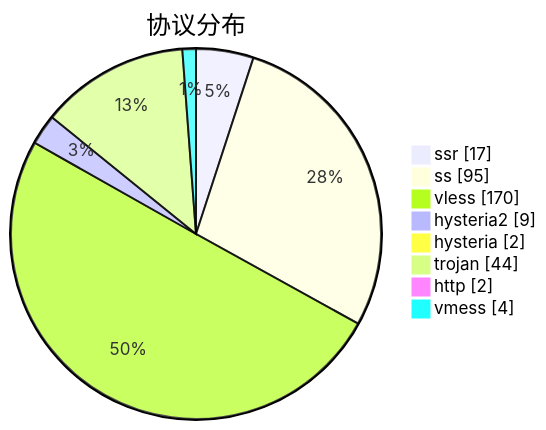
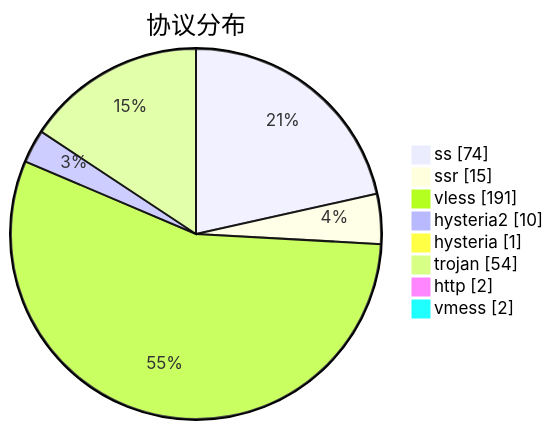
One commit to sinspired/airport changed the third of 3 diagrams in subs/statistics/tested_within.md. Above: the diagram before and after it, drawn with Mermaid. The commit also changed other lines of this file and 2 other files, not shown here.

````diff
--- a/subs/statistics/tested_within.md
+++ b/subs/statistics/tested_within.md
@@ -63,12 +58,12 @@
 ```mermaid
 pie showData
 title 协议分布
-"ssr" : 17
-"ss" : 95
-"vless" : 170
-"hysteria2" : 9
-"hysteria" : 2
-"trojan" : 44
+"ss" : 74
+"ssr" : 15
+"vless" : 191
+"hysteria2" : 10
+"hysteria" : 1
+"trojan" : 54
 "http" : 2
-"vmess" : 4
+"vmess" : 2
 ```
````
